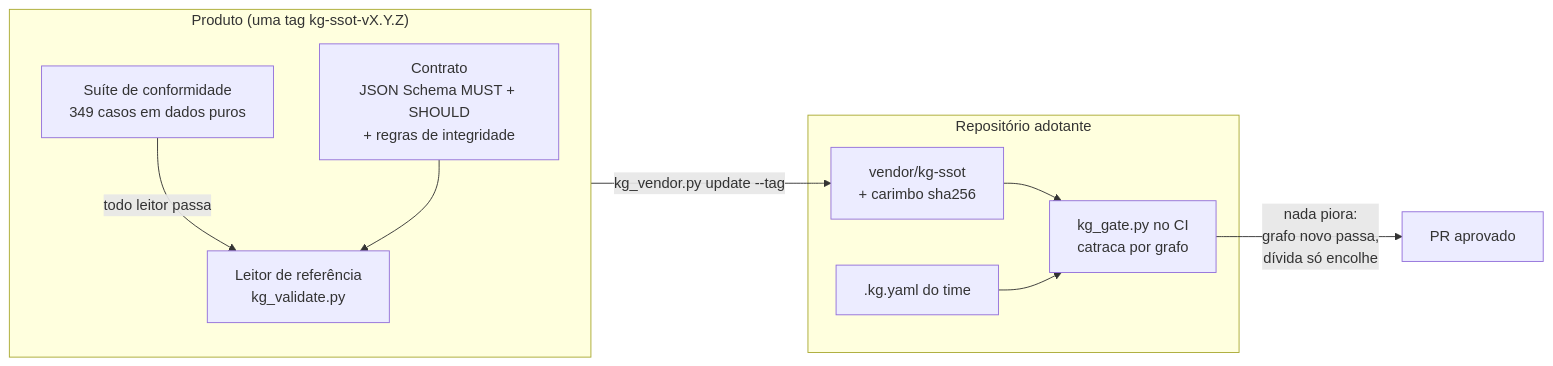
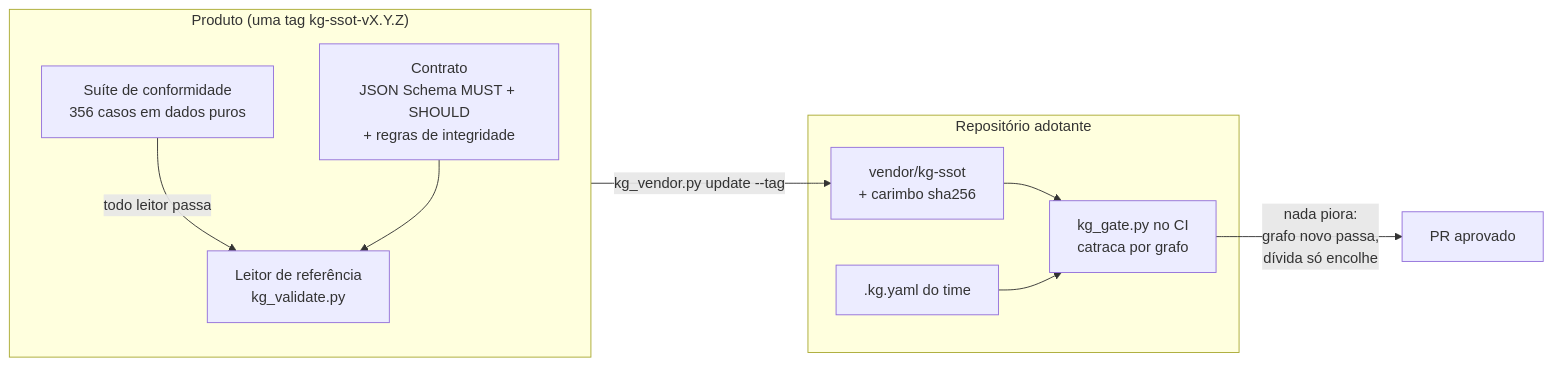
One commit to marciocar/kg-ssot changed the diagram in README.md. Above: the diagram before and after it, drawn with Mermaid. The commit also changed other lines of this file and 21 other files, not shown here.

````diff
--- a/README.md
+++ b/README.md
@@ -90,19 +90,19 @@
 ```mermaid
 flowchart LR
   subgraph produto["Produto (uma tag kg-ssot-vX.Y.Z)"]
     C["Contrato<br/>JSON Schema MUST + SHOULD<br/>+ regras de integridade"]
-    S["Suíte de conformidade<br/>349 casos em dados puros"]
+    S["Suíte de conformidade<br/>356 casos em dados puros"]
     R["Leitor de referência<br/>kg_validate.py"]
     S -- "todo leitor passa" --> R
     C --> R
   end
   subgraph adotante["Repositório adotante"]
     V["vendor/kg-ssot<br/>+ carimbo sha256"]
     G["kg_gate.py no CI<br/>catraca por grafo"]
     K[".kg.yaml do time"]
     V --> G
     K --> G
   end
   produto -- "kg_vendor.py update --tag" --> V
   G -- "nada piora:<br/>grafo novo passa,<br/>dívida só encolhe" --> PR["PR aprovado"]
 ```
````
